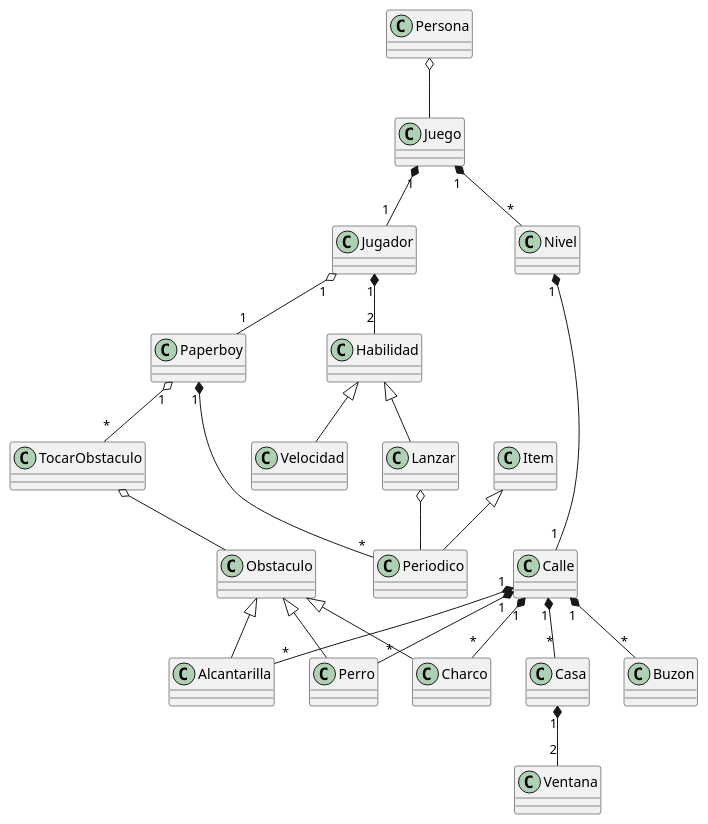
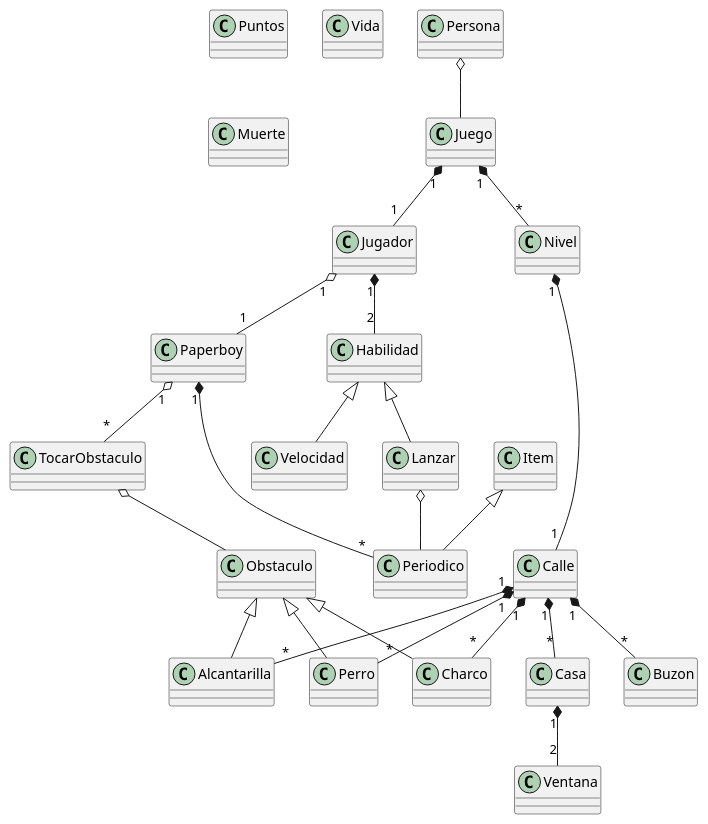
One commit to Eduardo-Lomeli/Paperboy changed the diagram in docs/Paperboy.puml. Above: the diagram before and after it, drawn with PlantUML.

Commit message:
Actualizar Paperboy.puml
Versión 6

```diff
--- a/docs/Paperboy.puml
+++ b/docs/Paperboy.puml
@@ -1,60 +1,63 @@
 @startuml Paperboy
 
 class Jugador
 class Juego
 
 class Paperboy
 class Habilidad
 class Velocidad
 class Lanzar
 class TocarObstaculo
+class Puntos
+class Vida
+class Muerte
 
 
 
 class Obstaculo
 class Nivel
 class Calle
 class Buzon
 class Persona
 class Alcantarilla
 class Ventana
 class Perro
 class Charco
 class Casa
 
 class Item
 class Periodico
 
 Persona o-- Juego
 Juego "1" *-- "1" Jugador
 Jugador "1" o-- "1" Paperboy
 Paperboy "1" *-- "*" Periodico
 Jugador "1" *-- "2" Habilidad
 Juego "1" *-- "*" Nivel
 Paperboy "1" o-- "*" TocarObstaculo
 
 
 Habilidad <|-- Lanzar
 Habilidad <|-- Velocidad
 
 
 Nivel "1" *-- "1" Calle
 Calle "1" *-- "*" Buzon
 Calle "1" *-- "*" Alcantarilla
 Calle "1" *-- "*" Casa
 Calle "1" *-- "*" Perro
 Calle "1" *-- "*" Charco
 Casa "1" *-- "2" Ventana
 
 Obstaculo <|-- Alcantarilla
 Obstaculo <|-- Perro
 Obstaculo <|-- Charco
 TocarObstaculo o-- Obstaculo
 
 Item <|-- Periodico
 Lanzar o-- Periodico
 
 
 
 
 @enduml
```
